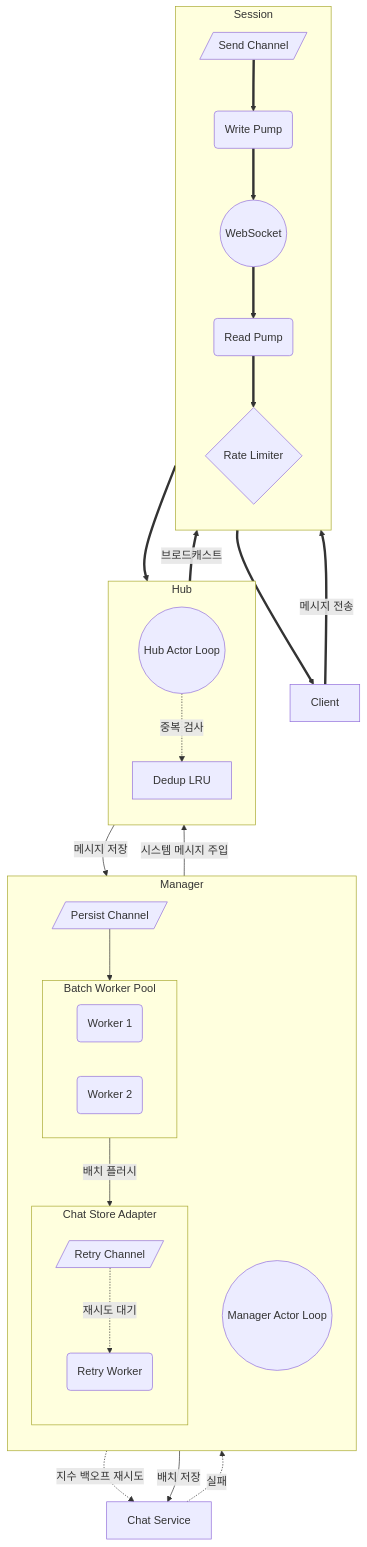
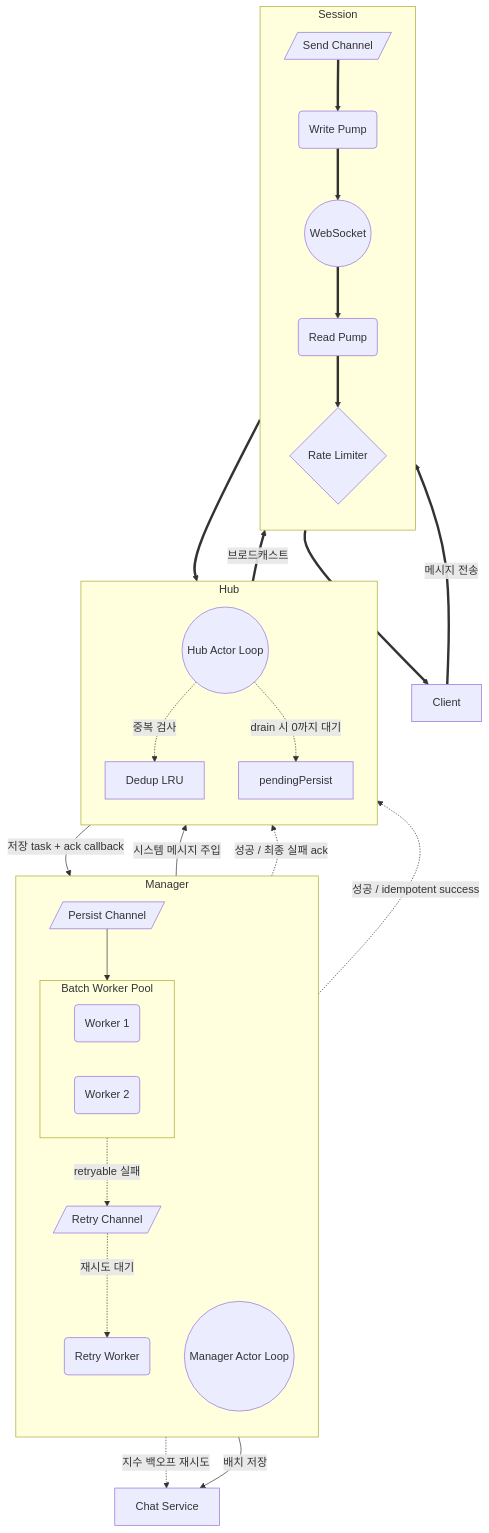
The diagram in docs/diagrams/flow-message.mmd (happyhun/go-chat-msa), drawn with Mermaid before and after one commit. The commit also changed 5 other files, not shown here.

```diff
--- a/docs/diagrams/flow-message.mmd
+++ b/docs/diagrams/flow-message.mmd
@@ -1,59 +1,58 @@
 flowchart TB
     Client["Client"]
 
     subgraph Manager ["Manager"]
         direction TB
         ManagerLoop(("Manager Actor Loop"))
         PersistCh[/"Persist Channel"/]
+        RetryCh[/"Retry Channel"/]
+        RetryWorker("Retry Worker")
 
         subgraph WorkerPool ["Batch Worker Pool"]
             direction LR
             W1("Worker 1")
             W2("Worker 2")
-        end
-
-        subgraph StoreAdapter ["Chat Store Adapter"]
-            direction TB
-            RetryCh[/"Retry Channel"/]
-            RetryWorker("Retry Worker")
         end
     end
 
     subgraph Hub ["Hub"]
         direction TB
         HubLoop(("Hub Actor Loop"))
         Idempotency["Dedup LRU"]
+        Pending["pendingPersist"]
     end
 
     subgraph Session ["Session"]
         direction TB
         Socket(("WebSocket"))
         RP("Read Pump")
         RateLimit{"Rate Limiter"}
 
         WP("Write Pump")
         Buffer[/"Send Channel"/]
     end
 
     ChatService["Chat Service"]
 
     Client == "메시지 전송" ==> Socket
     Socket ==> RP
     RP ==> RateLimit
     RateLimit ==> HubLoop
 
     ManagerLoop -- "시스템 메시지 주입" --> HubLoop
 
     HubLoop -. "중복 검사" .-> Idempotency
     HubLoop ==>|"브로드캐스트"| Buffer
     Buffer ==> WP
     WP ==> Socket
     Socket ==> Client
 
-    HubLoop -- "메시지 저장" --> PersistCh
+    HubLoop -- "저장 task + ack callback" --> PersistCh
+    HubLoop -. "drain 시 0까지 대기" .-> Pending
     PersistCh --> WorkerPool
-    WorkerPool -- "배치 플러시" --> StoreAdapter
-    ChatService -. "실패" .-> RetryCh
+    WorkerPool -- "배치 저장" --> ChatService
+    WorkerPool -. "성공 / idempotent success" .-> Pending
+    WorkerPool -. "retryable 실패" .-> RetryCh
     RetryCh -. "재시도 대기" .-> RetryWorker
     RetryWorker -. "지수 백오프 재시도" .-> ChatService
-    StoreAdapter -- "배치 저장" --> ChatService
+    RetryWorker -. "성공 / 최종 실패 ack" .-> Pending
```
